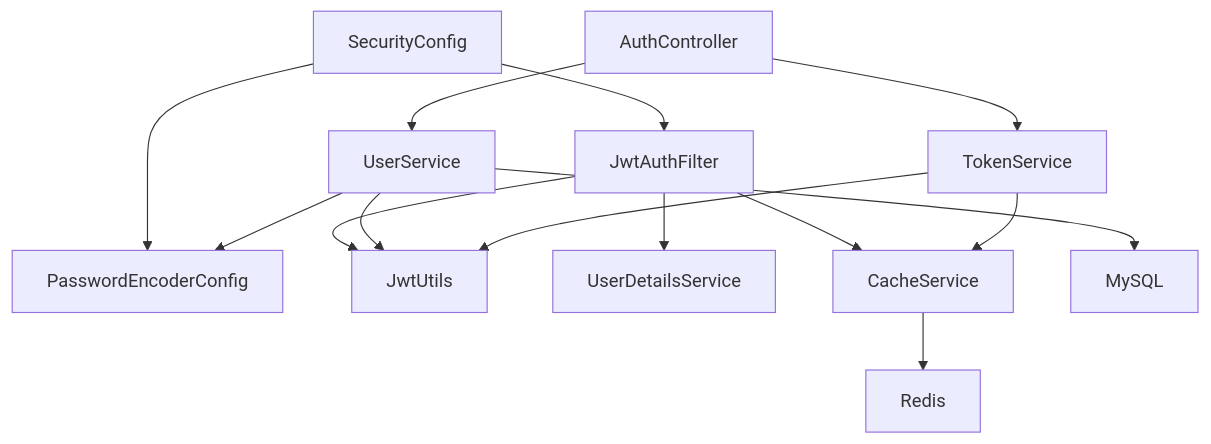
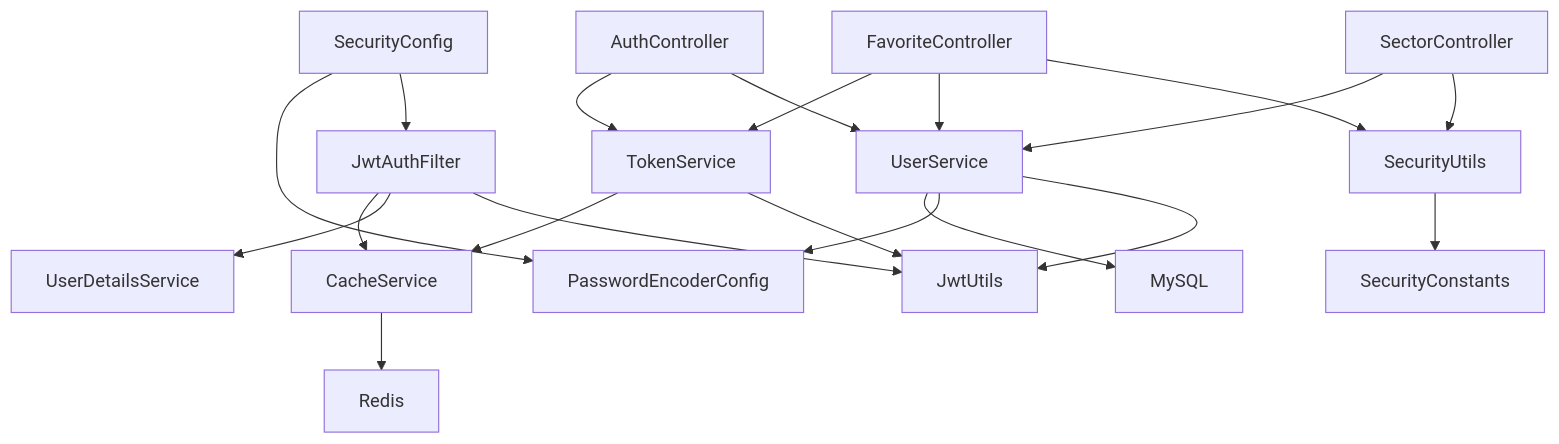
Before and after one commit to PersonNoName/FreeTrader: the ninth of 9 diagrams in .qoder/repowiki/zh/content/架构设计/安全架构设计.md, drawn with Mermaid. The commit also changed other lines of this file and 10 other files, not shown here.

````diff
--- a/.qoder/repowiki/zh/content/架构设计/安全架构设计.md
+++ b/.qoder/repowiki/zh/content/架构设计/安全架构设计.md
@@ -411,16 +479,22 @@
 ```mermaid
 graph TB
 SC["SecurityConfig"] --> JAF["JwtAuthFilter"]
 SC --> PEC["PasswordEncoderConfig"]
 JAF --> JU["JwtUtils"]
 JAF --> UDS["UserDetailsService"]
 JAF --> CS["CacheService"]
 AC["AuthController"] --> US["UserService"]
 AC --> TS["TokenService"]
+FC["FavoriteController"] --> SU["SecurityUtils"]
+FC --> US
+FC --> TS
+SEC["SectorController"] --> SU
+SEC --> US
 US --> JU
 US --> PEC
 TS --> JU
 TS --> CS
+SU --> SConst["SecurityConstants"]
 CS --> REDIS["Redis"]
 US --> DB["MySQL"]
 ```
````
